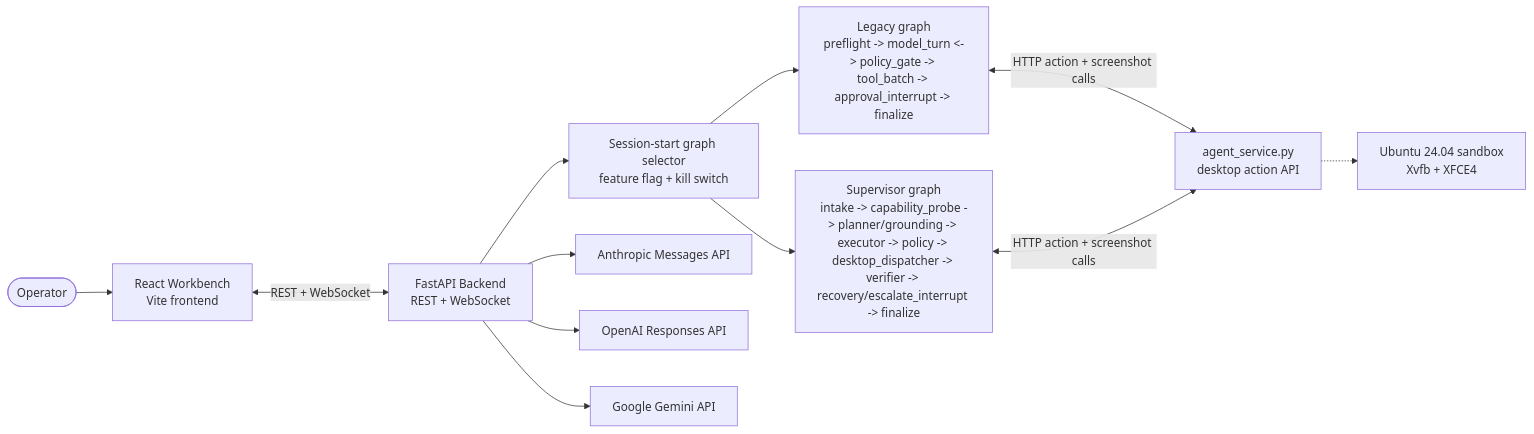
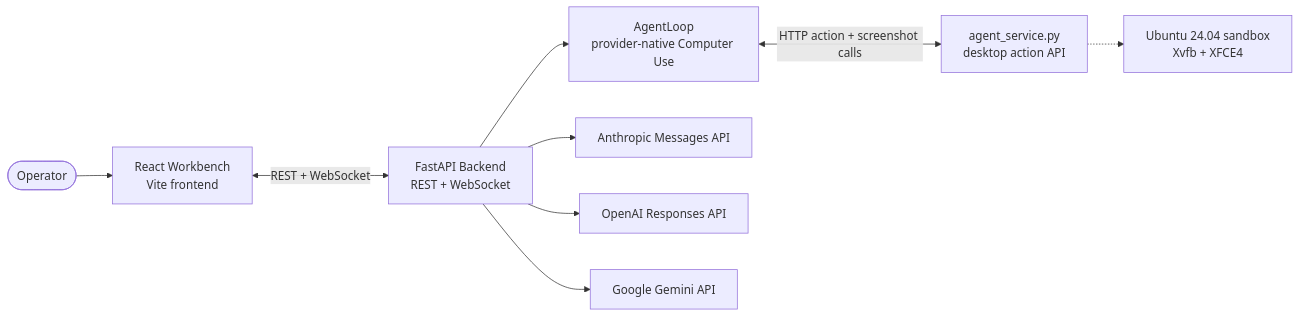
One commit to pypi-ahmad/computer-use changed the diagram in README.md. Above: the diagram before and after it, drawn with Mermaid. The commit also changed other lines of this file and 10 other files, not shown here.

````diff
--- a/README.md
+++ b/README.md
@@ -329,26 +326,21 @@
 ```mermaid
 flowchart LR
     User([Operator])
     UI[React Workbench<br/>Vite frontend]
     API[FastAPI Backend<br/>REST + WebSocket]
-  SELECTOR[Session-start graph selector<br/>feature flag + kill switch]
-  LEGACY[Legacy graph<br/>preflight -> model_turn <-> policy_gate -> tool_batch -> approval_interrupt -> finalize]
-  SUPERVISOR[Supervisor graph<br/>intake -> capability_probe -> planner/grounding -> executor -> policy -> desktop_dispatcher -> verifier -> recovery/escalate_interrupt -> finalize]
+    LOOP[AgentLoop<br/>provider-native Computer Use]
     DOCKER[Ubuntu 24.04 sandbox<br/>Xvfb + XFCE4]
     AGENT[agent_service.py<br/>desktop action API]
     ANTH[Anthropic Messages API]
     OAI[OpenAI Responses API]
     GOOG[Google Gemini API]
 
     User --> UI
     UI <-->|REST + WebSocket| API
-  API --> SELECTOR
-  SELECTOR --> LEGACY
-  SELECTOR --> SUPERVISOR
-  LEGACY <-->|HTTP action + screenshot calls| AGENT
-  SUPERVISOR <-->|HTTP action + screenshot calls| AGENT
+    API --> LOOP
+    LOOP <-->|HTTP action + screenshot calls| AGENT
     AGENT -.-> DOCKER
     API --> ANTH
     API --> OAI
     API --> GOOG
 ```
````
